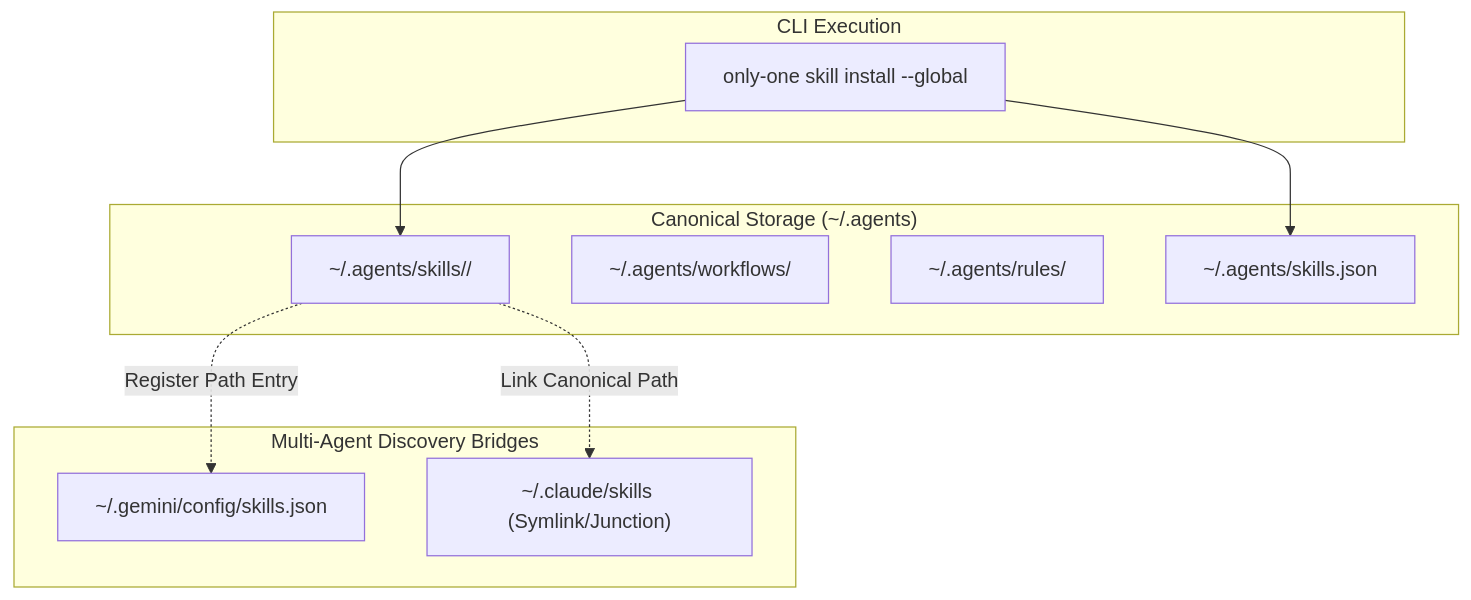
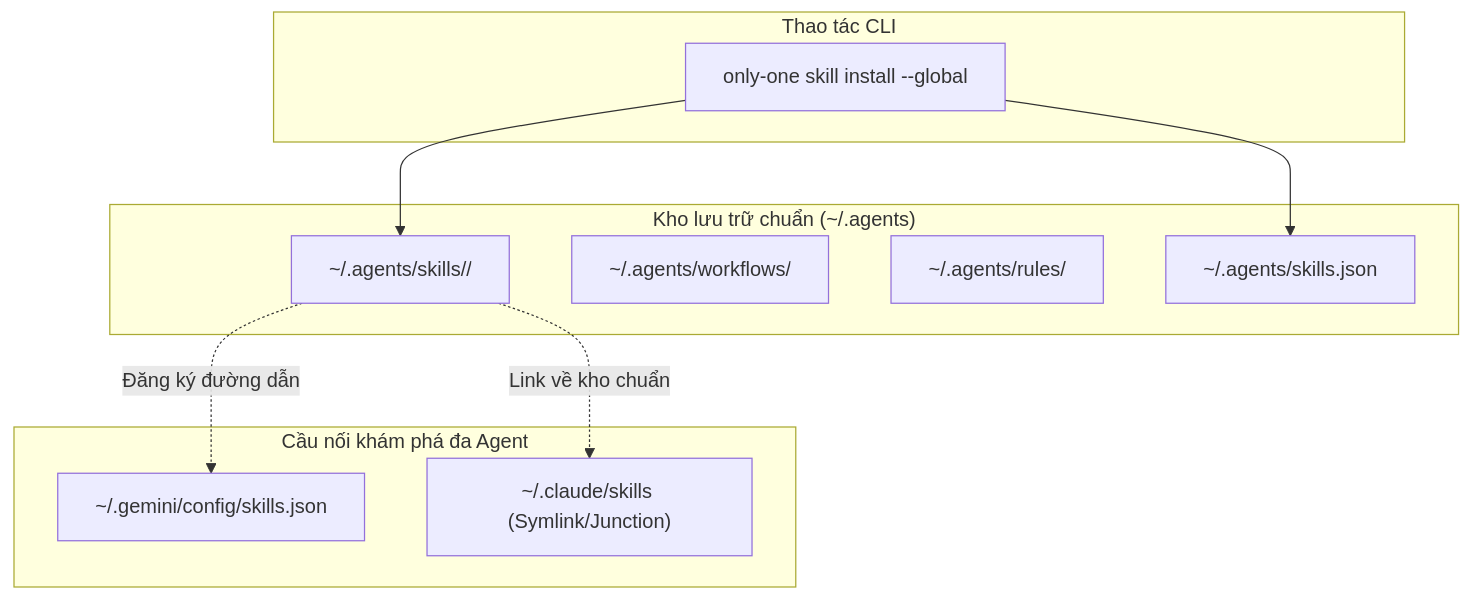
Before and after one commit to Personal-Source-SP/only-one-cli: the diagram in only-one/tasks/unified-global-agents-standard/concept.md, drawn with Mermaid. The commit also changed other lines of this file and 50 other files, not shown here.

Commit message:
refactor: unify global agents directory to .agents and add skill manifest bridge

````diff
--- a/only-one/tasks/unified-global-agents-standard/concept.md
+++ b/only-one/tasks/unified-global-agents-standard/concept.md
@@ -45,23 +45,23 @@
 ```mermaid
 flowchart TD
-    subgraph UserAction["CLI Execution"]
+    subgraph HanhDongNguoiDung["Thao tác CLI"]
         Cmd["only-one skill install <name> --global"]
     end
 
-    subgraph CanonicalStore["Canonical Storage (~/.agents)"]
+    subgraph KhoLuuTruGoc["Kho lưu trữ chuẩn (~/.agents)"]
         StoreSkills["~/.agents/skills/<name>/"]
         StoreWf["~/.agents/workflows/"]
         StoreRules["~/.agents/rules/"]
         ManifestRoot["~/.agents/skills.json"]
     end
 
-    subgraph AgentBridges["Multi-Agent Discovery Bridges"]
+    subgraph CauNoiAgent["Cầu nối khám phá đa Agent"]
         GeminiConfig["~/.gemini/config/skills.json"]
         LegacyBridge["~/.claude/skills (Symlink/Junction)"]
     end
 
     Cmd --> StoreSkills
     Cmd --> ManifestRoot
-    StoreSkills -.->|Register Path Entry| GeminiConfig
-    StoreSkills -.->|Link Canonical Path| LegacyBridge
+    StoreSkills -.->|Đăng ký đường dẫn| GeminiConfig
+    StoreSkills -.->|Link về kho chuẩn| LegacyBridge
 ```
````
